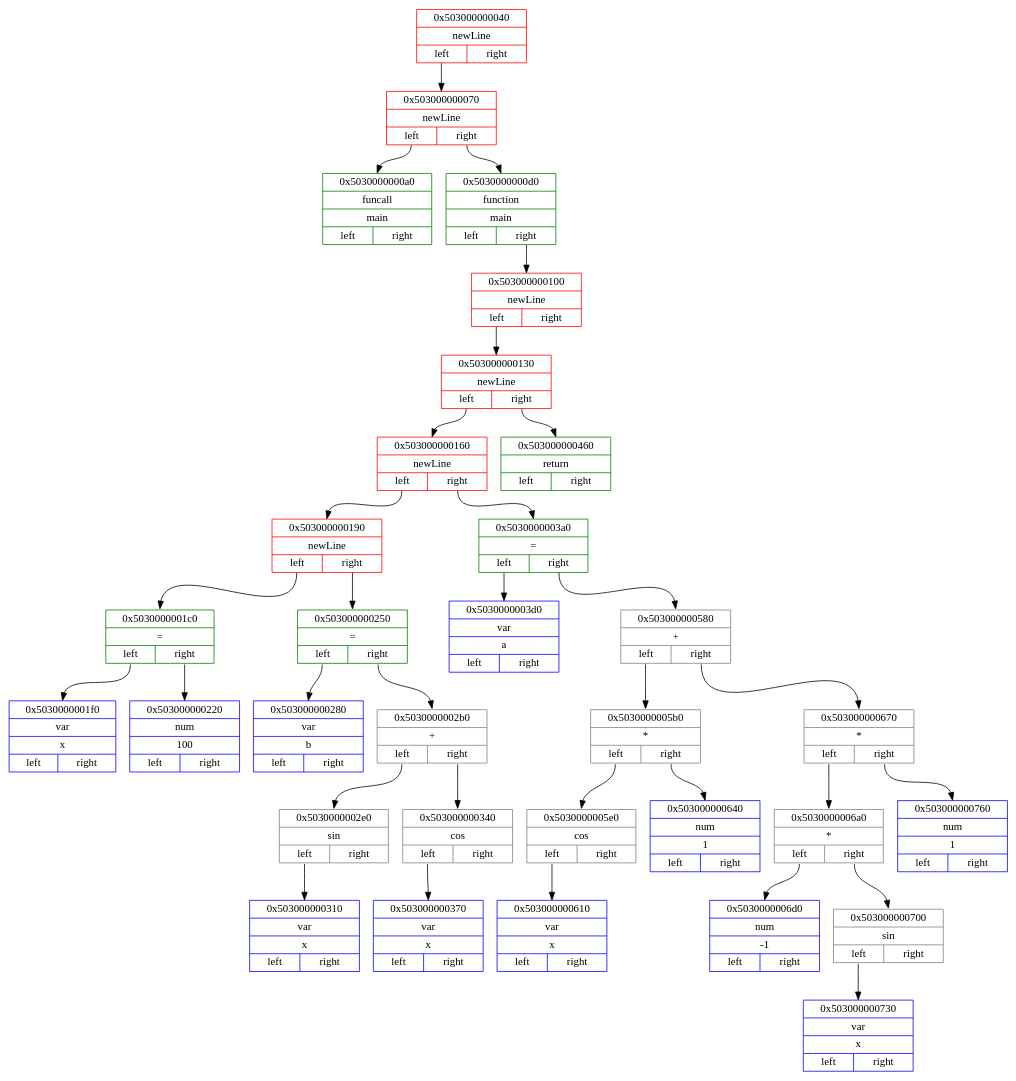
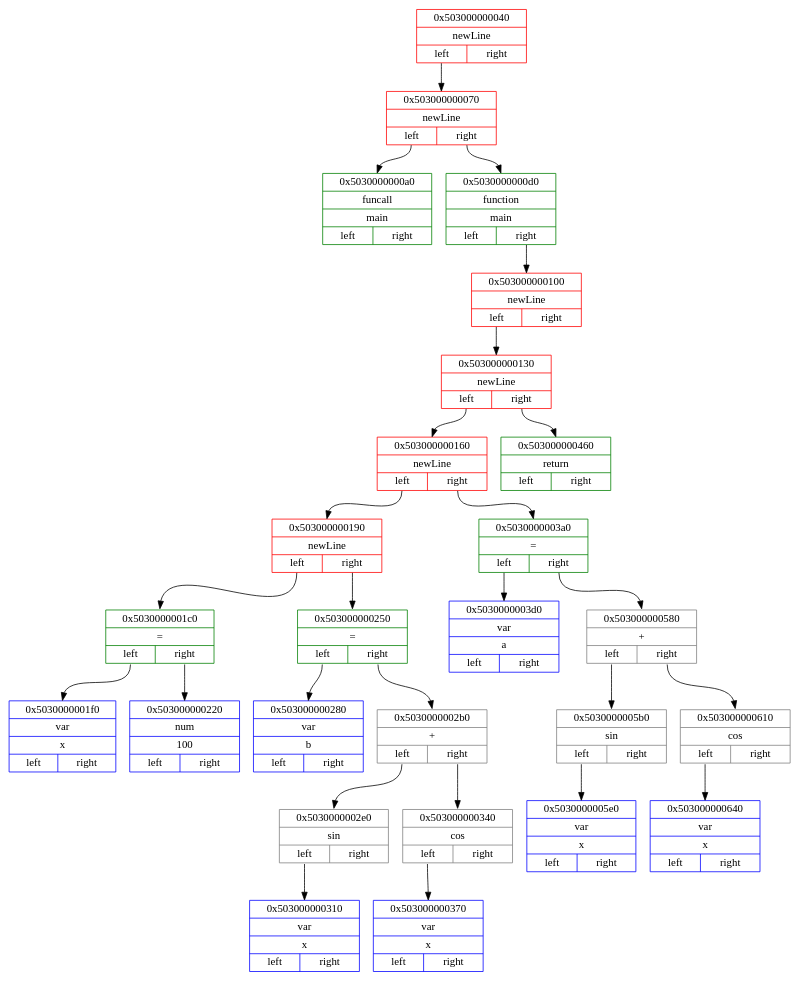
The diagram in dot_files/middlendDotFile.dot (Matvey787/myProgLanguage), drawn with Graphviz before and after one commit. The commit also changed 13 other files, not shown here.

```diff
--- a/dot_files/middlendDotFile.dot
+++ b/dot_files/middlendDotFile.dot
@@ -1,68 +1,56 @@
 digraph
 { 
 rankdir=HR;
 
 node0x503000000040 [ shape=record, color = red rank = 1, label= "{ 0x503000000040 | newLine |         {<n0x503000000040_l> left | <n0x503000000040_r> right}} " ];
 node0x503000000070 [ shape=record, color = red rank = 2, label= "{ 0x503000000070 | newLine |         {<n0x503000000070_l> left | <n0x503000000070_r> right}} " ];
 node0x5030000000a0 [ shape=record, color = green rank = 3, label= "{ 0x5030000000a0 | funcall | main |         {<n0x5030000000a0_l> left | <n0x5030000000a0_r> right}} " ];
 node0x503000000070:<n0x503000000070_l>:s -> node0x5030000000a0:n [ color = black; ]
 node0x5030000000d0 [ shape=record, color = green rank = 4, label= "{ 0x5030000000d0 | function | main |         {<n0x5030000000d0_l> left | <n0x5030000000d0_r> right}} " ];
 node0x503000000100 [ shape=record, color = red rank = 5, label= "{ 0x503000000100 | newLine |         {<n0x503000000100_l> left | <n0x503000000100_r> right}} " ];
 node0x503000000130 [ shape=record, color = red rank = 6, label= "{ 0x503000000130 | newLine |         {<n0x503000000130_l> left | <n0x503000000130_r> right}} " ];
 node0x503000000160 [ shape=record, color = red rank = 7, label= "{ 0x503000000160 | newLine |         {<n0x503000000160_l> left | <n0x503000000160_r> right}} " ];
 node0x503000000190 [ shape=record, color = red rank = 8, label= "{ 0x503000000190 | newLine |         {<n0x503000000190_l> left | <n0x503000000190_r> right}} " ];
 node0x5030000001c0 [ shape=record, color = green rank = 9, label= "{ 0x5030000001c0 | = |         {<n0x5030000001c0_l> left | <n0x5030000001c0_r> right}} " ];
 node0x5030000001f0 [ shape=record, color = blue rank = 10, label= "{ 0x5030000001f0 | var | x |         {<n0x5030000001f0_l> left | <n0x5030000001f0_r> right}} " ];
 node0x5030000001c0:<n0x5030000001c0_l>:s -> node0x5030000001f0:n [ color = black; ]
 node0x503000000220 [ shape=record, color = blue rank = 11, label= "{ 0x503000000220 | num | 100 |         {<n0x503000000220_l> left | <n0x503000000220_r> right}} " ];
 node0x5030000001c0:<n0x5030000001c0_r>:s -> node0x503000000220:n [ color = black; ]
 node0x503000000190:<n0x503000000190_l>:s -> node0x5030000001c0:n [ color = black; ]
 node0x503000000250 [ shape=record, color = green rank = 10, label= "{ 0x503000000250 | = |         {<n0x503000000250_l> left | <n0x503000000250_r> right}} " ];
 node0x503000000280 [ shape=record, color = blue rank = 11, label= "{ 0x503000000280 | var | b |         {<n0x503000000280_l> left | <n0x503000000280_r> right}} " ];
 node0x503000000250:<n0x503000000250_l>:s -> node0x503000000280:n [ color = black; ]
 node0x5030000002b0 [ shape=record, color = grey rank = 12, label= "{ 0x5030000002b0 | + |         {<n0x5030000002b0_l> left | <n0x5030000002b0_r> right}} " ];
 node0x5030000002e0 [ shape=record, color = grey rank = 13, label= "{ 0x5030000002e0 | sin |         {<n0x5030000002e0_l> left | <n0x5030000002e0_r> right}} " ];
 node0x503000000310 [ shape=record, color = blue rank = 14, label= "{ 0x503000000310 | var | x |         {<n0x503000000310_l> left | <n0x503000000310_r> right}} " ];
 node0x5030000002e0:<n0x5030000002e0_l>:s -> node0x503000000310:n [ color = black; ]
 node0x5030000002b0:<n0x5030000002b0_l>:s -> node0x5030000002e0:n [ color = black; ]
 node0x503000000340 [ shape=record, color = grey rank = 14, label= "{ 0x503000000340 | cos |         {<n0x503000000340_l> left | <n0x503000000340_r> right}} " ];
 node0x503000000370 [ shape=record, color = blue rank = 15, label= "{ 0x503000000370 | var | x |         {<n0x503000000370_l> left | <n0x503000000370_r> right}} " ];
 node0x503000000340:<n0x503000000340_l>:s -> node0x503000000370:n [ color = black; ]
 node0x5030000002b0:<n0x5030000002b0_r>:s -> node0x503000000340:n [ color = black; ]
 node0x503000000250:<n0x503000000250_r>:s -> node0x5030000002b0:n [ color = black; ]
 node0x503000000190:<n0x503000000190_r>:s -> node0x503000000250:n [ color = black; ]
 node0x503000000160:<n0x503000000160_l>:s -> node0x503000000190:n [ color = black; ]
 node0x5030000003a0 [ shape=record, color = green rank = 9, label= "{ 0x5030000003a0 | = |         {<n0x5030000003a0_l> left | <n0x5030000003a0_r> right}} " ];
 node0x5030000003d0 [ shape=record, color = blue rank = 10, label= "{ 0x5030000003d0 | var | a |         {<n0x5030000003d0_l> left | <n0x5030000003d0_r> right}} " ];
 node0x5030000003a0:<n0x5030000003a0_l>:s -> node0x5030000003d0:n [ color = black; ]
 node0x503000000580 [ shape=record, color = grey rank = 11, label= "{ 0x503000000580 | + |         {<n0x503000000580_l> left | <n0x503000000580_r> right}} " ];
-node0x5030000005b0 [ shape=record, color = grey rank = 12, label= "{ 0x5030000005b0 | * |         {<n0x5030000005b0_l> left | <n0x5030000005b0_r> right}} " ];
-node0x5030000005e0 [ shape=record, color = grey rank = 13, label= "{ 0x5030000005e0 | cos |         {<n0x5030000005e0_l> left | <n0x5030000005e0_r> right}} " ];
-node0x503000000610 [ shape=record, color = blue rank = 14, label= "{ 0x503000000610 | var | x |         {<n0x503000000610_l> left | <n0x503000000610_r> right}} " ];
-node0x5030000005e0:<n0x5030000005e0_l>:s -> node0x503000000610:n [ color = black; ]
+node0x5030000005b0 [ shape=record, color = grey rank = 12, label= "{ 0x5030000005b0 | sin |         {<n0x5030000005b0_l> left | <n0x5030000005b0_r> right}} " ];
+node0x5030000005e0 [ shape=record, color = blue rank = 13, label= "{ 0x5030000005e0 | var | x |         {<n0x5030000005e0_l> left | <n0x5030000005e0_r> right}} " ];
 node0x5030000005b0:<n0x5030000005b0_l>:s -> node0x5030000005e0:n [ color = black; ]
-node0x503000000640 [ shape=record, color = blue rank = 14, label= "{ 0x503000000640 | num | 1 |         {<n0x503000000640_l> left | <n0x503000000640_r> right}} " ];
-node0x5030000005b0:<n0x5030000005b0_r>:s -> node0x503000000640:n [ color = black; ]
 node0x503000000580:<n0x503000000580_l>:s -> node0x5030000005b0:n [ color = black; ]
-node0x503000000670 [ shape=record, color = grey rank = 13, label= "{ 0x503000000670 | * |         {<n0x503000000670_l> left | <n0x503000000670_r> right}} " ];
-node0x5030000006a0 [ shape=record, color = grey rank = 14, label= "{ 0x5030000006a0 | * |         {<n0x5030000006a0_l> left | <n0x5030000006a0_r> right}} " ];
-node0x5030000006d0 [ shape=record, color = blue rank = 15, label= "{ 0x5030000006d0 | num | -1 |         {<n0x5030000006d0_l> left | <n0x5030000006d0_r> right}} " ];
-node0x5030000006a0:<n0x5030000006a0_l>:s -> node0x5030000006d0:n [ color = black; ]
-node0x503000000700 [ shape=record, color = grey rank = 16, label= "{ 0x503000000700 | sin |         {<n0x503000000700_l> left | <n0x503000000700_r> right}} " ];
-node0x503000000730 [ shape=record, color = blue rank = 17, label= "{ 0x503000000730 | var | x |         {<n0x503000000730_l> left | <n0x503000000730_r> right}} " ];
-node0x503000000700:<n0x503000000700_l>:s -> node0x503000000730:n [ color = black; ]
-node0x5030000006a0:<n0x5030000006a0_r>:s -> node0x503000000700:n [ color = black; ]
-node0x503000000670:<n0x503000000670_l>:s -> node0x5030000006a0:n [ color = black; ]
-node0x503000000760 [ shape=record, color = blue rank = 15, label= "{ 0x503000000760 | num | 1 |         {<n0x503000000760_l> left | <n0x503000000760_r> right}} " ];
-node0x503000000670:<n0x503000000670_r>:s -> node0x503000000760:n [ color = black; ]
-node0x503000000580:<n0x503000000580_r>:s -> node0x503000000670:n [ color = black; ]
+node0x503000000610 [ shape=record, color = grey rank = 13, label= "{ 0x503000000610 | cos |         {<n0x503000000610_l> left | <n0x503000000610_r> right}} " ];
+node0x503000000640 [ shape=record, color = blue rank = 14, label= "{ 0x503000000640 | var | x |         {<n0x503000000640_l> left | <n0x503000000640_r> right}} " ];
+node0x503000000610:<n0x503000000610_l>:s -> node0x503000000640:n [ color = black; ]
+node0x503000000580:<n0x503000000580_r>:s -> node0x503000000610:n [ color = black; ]
 node0x5030000003a0:<n0x5030000003a0_r>:s -> node0x503000000580:n [ color = black; ]
 node0x503000000160:<n0x503000000160_r>:s -> node0x5030000003a0:n [ color = black; ]
 node0x503000000130:<n0x503000000130_l>:s -> node0x503000000160:n [ color = black; ]
 node0x503000000460 [ shape=record, color = green rank = 8, label= "{ 0x503000000460 | return |         {<n0x503000000460_l> left | <n0x503000000460_r> right}} " ];
 node0x503000000130:<n0x503000000130_r>:s -> node0x503000000460:n [ color = black; ]
 node0x503000000100:<n0x503000000100_l>:s -> node0x503000000130:n [ color = black; ]
 node0x5030000000d0:<n0x5030000000d0_r>:s -> node0x503000000100:n [ color = black; ]
 node0x503000000070:<n0x503000000070_r>:s -> node0x5030000000d0:n [ color = black; ]
 node0x503000000040:<n0x503000000040_l>:s -> node0x503000000070:n [ color = black; ]
 }
```
